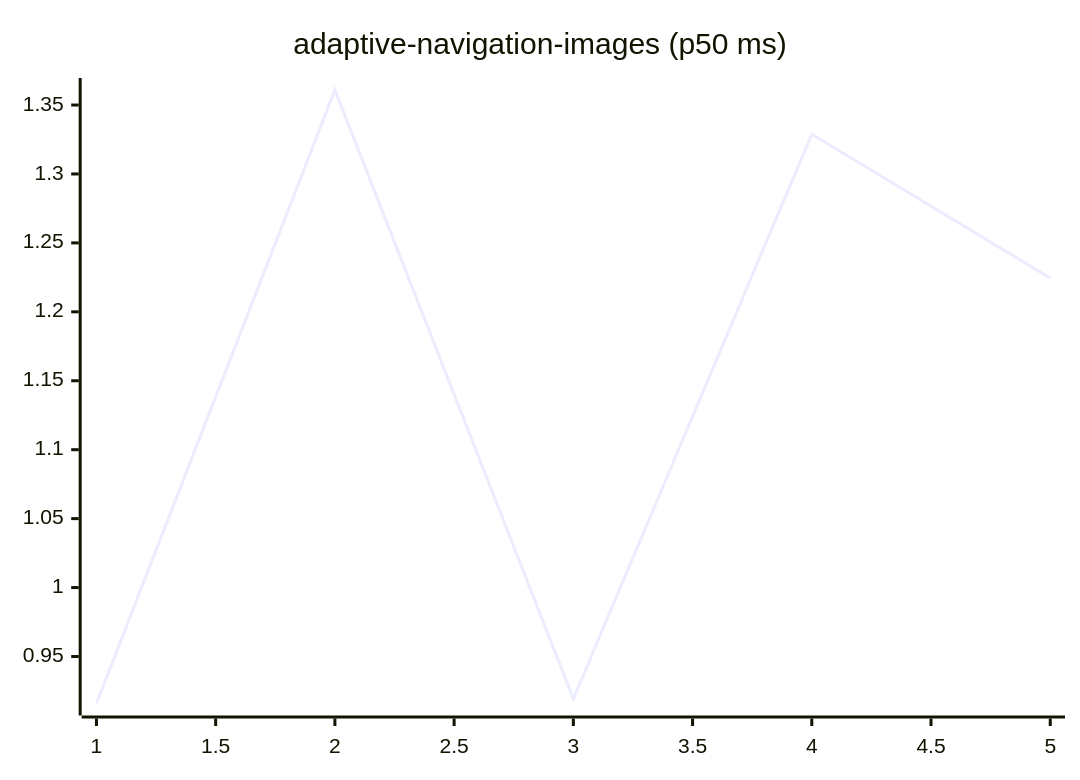
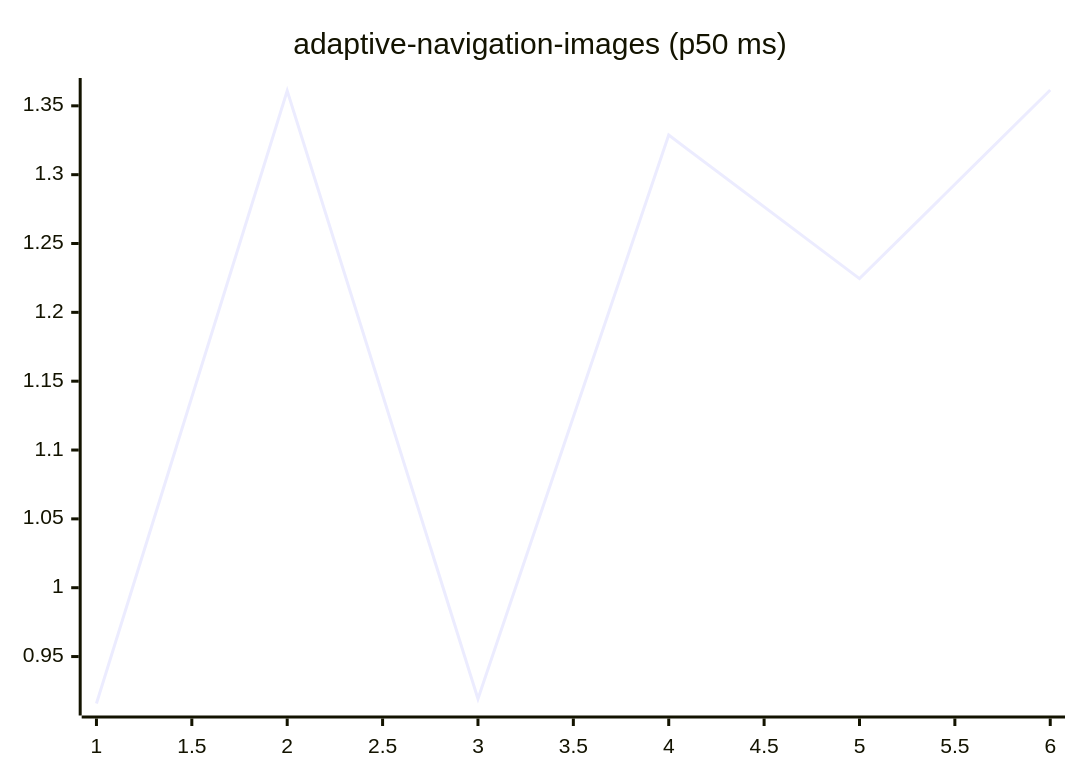
One commit to josha/Facet changed the first of 27 diagrams in README.md. Above: the diagram before and after it, drawn with Mermaid. The commit also changed other lines of this file and 2 other files, not shown here.

````diff
--- a/README.md
+++ b/README.md
@@ -63,6 +63,6 @@
 ```mermaid
 xychart-beta
     title "adaptive-navigation-images (p50 ms)"
-    x-axis 1 --> 5
-    line [0.9159, 1.3609, 0.9193, 1.3288, 1.2245]
+    x-axis 1 --> 6
+    line [0.9159, 1.3609, 0.9193, 1.3288, 1.2245, 1.3615]
 ```
````
